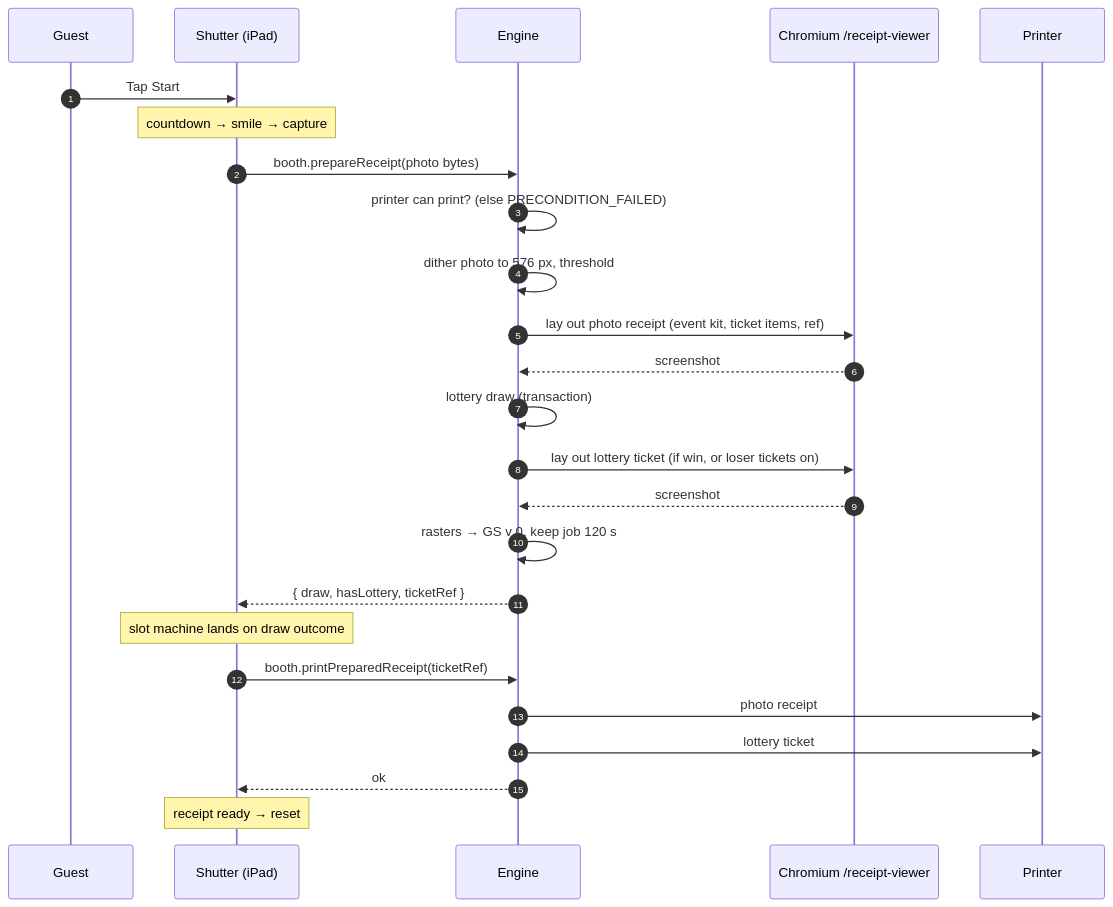
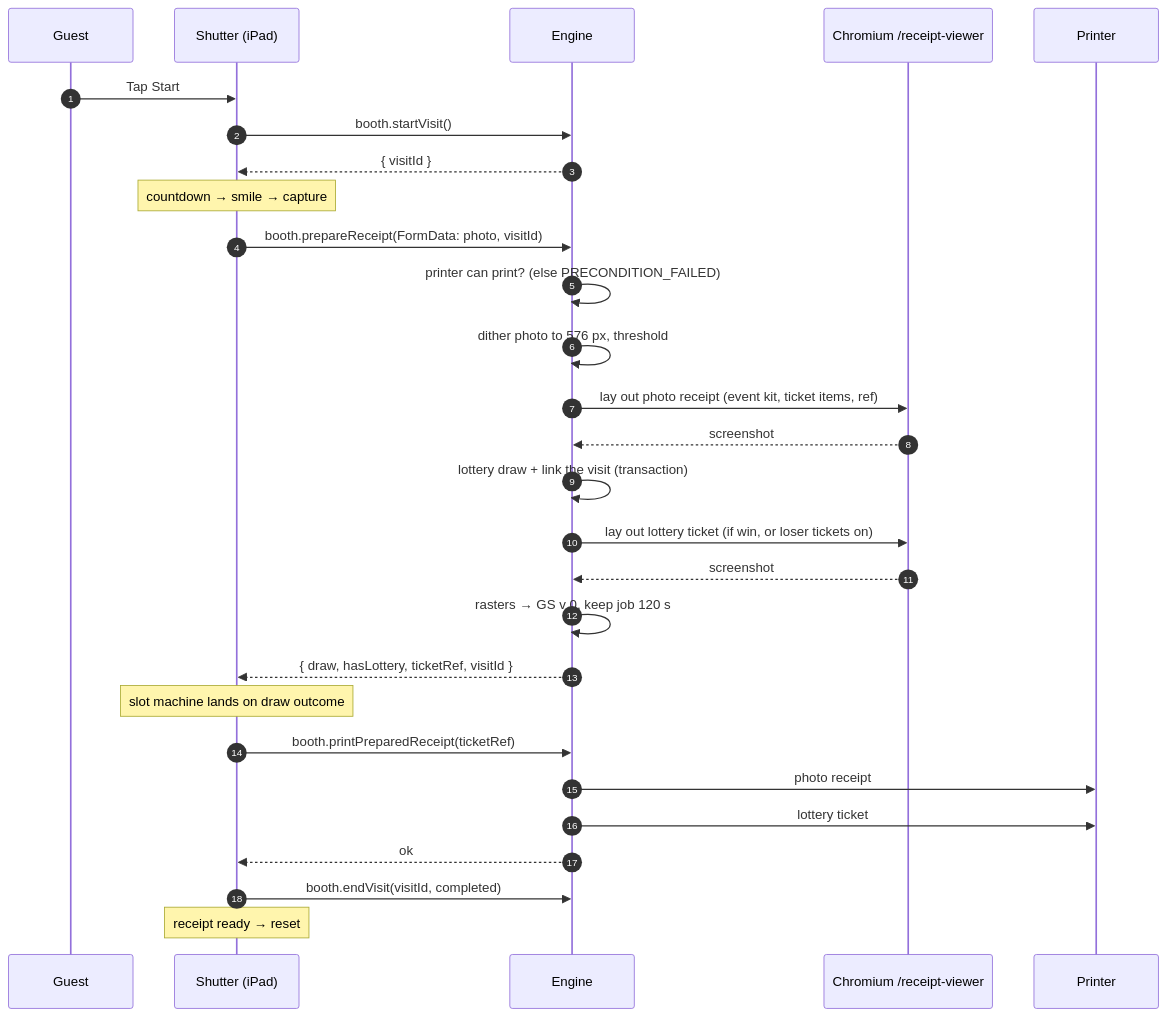
The diagram in apps/docs/src/content/docs/architecture/guest-visit.md (99Stud/dither_booth), drawn with Mermaid before and after one commit. The commit also changed other lines of this file and 47 other files, not shown here.

First line of the commit message:
feat: the booth records every visit; live visit tiles in admin (#91)

````diff
--- a/apps/docs/src/content/docs/architecture/guest-visit.md
+++ b/apps/docs/src/content/docs/architecture/guest-visit.md
@@ -12,28 +12,31 @@
 ```mermaid
 sequenceDiagram
   autonumber
   participant G as Guest
   participant S as Shutter (iPad)
   participant E as Engine
   participant C as Chromium /receipt-viewer
   participant P as Printer
 
   G->>S: Tap Start
+  S->>E: booth.startVisit()
+  E-->>S: { visitId }
   Note over S: countdown → smile → capture
-  S->>E: booth.prepareReceipt(photo bytes)
+  S->>E: booth.prepareReceipt(FormData: photo, visitId)
   E->>E: printer can print? (else PRECONDITION_FAILED)
   E->>E: dither photo to 576 px, threshold
   E->>C: lay out photo receipt (event kit, ticket items, ref)
   C-->>E: screenshot
-  E->>E: lottery draw (transaction)
+  E->>E: lottery draw + link the visit (transaction)
   E->>C: lay out lottery ticket (if win, or loser tickets on)
   C-->>E: screenshot
   E->>E: rasters → GS v 0, keep job 120 s
-  E-->>S: { draw, hasLottery, ticketRef }
+  E-->>S: { draw, hasLottery, ticketRef, visitId }
   Note over S: slot machine lands on draw outcome
   S->>E: booth.printPreparedReceipt(ticketRef)
   E->>P: photo receipt
   E->>P: lottery ticket
   E-->>S: ok
+  S->>E: booth.endVisit(visitId, completed)
   Note over S: receipt ready → reset
 ```
````
